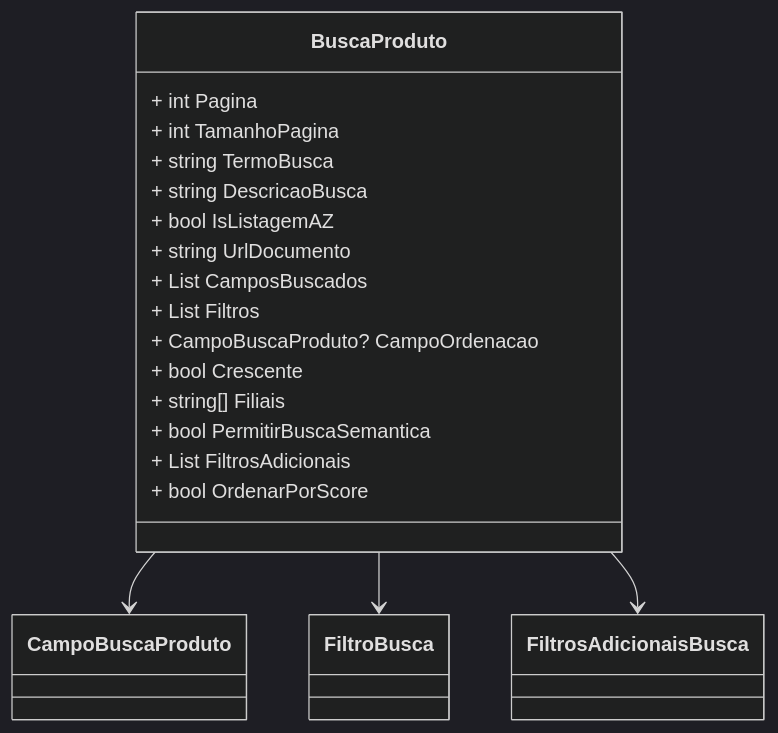
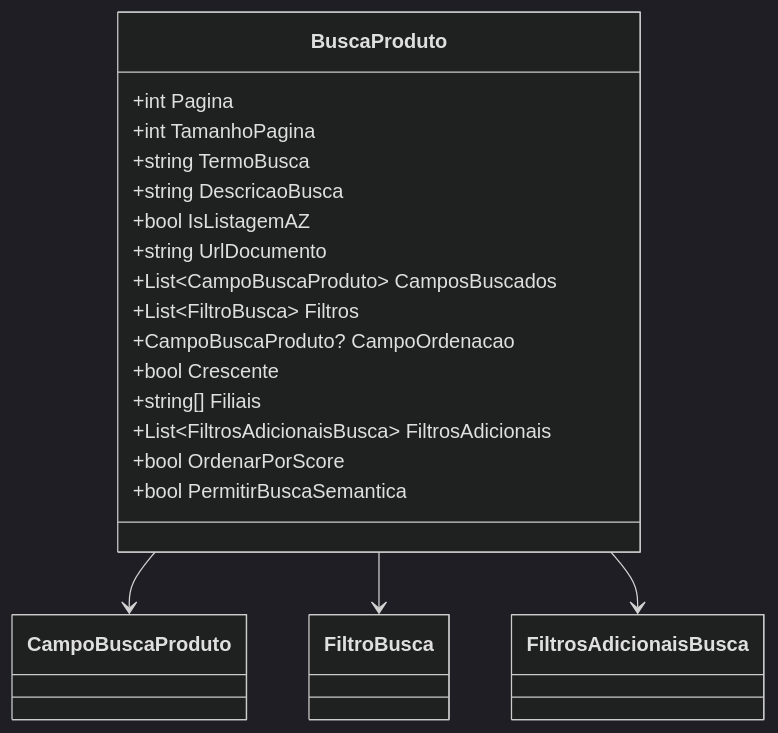
One commit to IsthmusSistemas/documentacao-tecnica changed the second of 2 diagrams in docs/b2b-dominio/IsthmusWinthor.Nucleo/IsthmusWinthor.Dominio/POCO/PesquisaProdutos/BuscaProduto.md. Above: the diagram before and after it, drawn with Mermaid (dark theme). The commit also changed other lines of this file and 882 other files, not shown here.

````diff
--- a/docs/b2b-dominio/IsthmusWinthor.Nucleo/IsthmusWinthor.Dominio/POCO/PesquisaProdutos/BuscaProduto.md
+++ b/docs/b2b-dominio/IsthmusWinthor.Nucleo/IsthmusWinthor.Dominio/POCO/PesquisaProdutos/BuscaProduto.md
@@ -43,27 +44,22 @@
 ```mermaid
 classDiagram
     class BuscaProduto {
-        + int Pagina
-        + int TamanhoPagina
-        + string TermoBusca
-        + string DescricaoBusca
-        + bool IsListagemAZ
-        + string UrlDocumento
-        + List<CampoBuscaProduto> CamposBuscados
-        + List<FiltroBusca> Filtros
-        + CampoBuscaProduto? CampoOrdenacao
-        + bool Crescente
-        + string[] Filiais
-        + bool PermitirBuscaSemantica
-        + List<FiltrosAdicionaisBusca> FiltrosAdicionais
-        + bool OrdenarPorScore
+        +int Pagina
+        +int TamanhoPagina
+        +string TermoBusca
+        +string DescricaoBusca
+        +bool IsListagemAZ
+        +string UrlDocumento
+        +List~CampoBuscaProduto~ CamposBuscados
+        +List~FiltroBusca~ Filtros
+        +CampoBuscaProduto? CampoOrdenacao
+        +bool Crescente
+        +string[] Filiais
+        +List~FiltrosAdicionaisBusca~ FiltrosAdicionais
+        +bool OrdenarPorScore
+        +bool PermitirBuscaSemantica
     }
-    
-    class CampoBuscaProduto
-    class FiltroBusca
-    class FiltrosAdicionaisBusca
-
     BuscaProduto --> CampoBuscaProduto
     BuscaProduto --> FiltroBusca
     BuscaProduto --> FiltrosAdicionaisBusca
 ```
````
